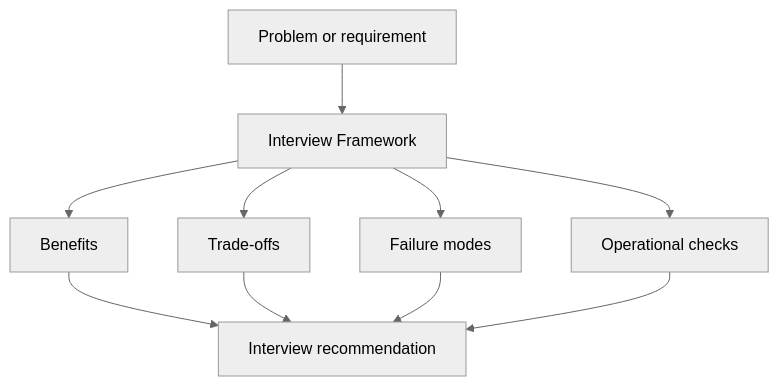
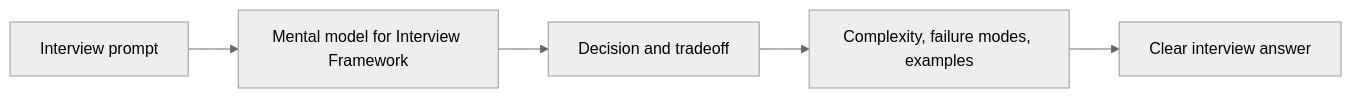
One commit to abstractinterviews/abstractinterviews.github.io changed the diagram in interview/interview-framework/index.md. Above: the diagram before and after it, drawn with Mermaid (neutral theme). The commit also changed other lines of this file and 278 other files, not shown here.

````diff
--- a/interview/interview-framework/index.md
+++ b/interview/interview-framework/index.md
@@ -147,12 +139,7 @@
-~~~mermaid
-flowchart TD
-    Problem["Problem or requirement"] --> Concept["Interview Framework"]
-    Concept --> Benefits["Benefits"]
-    Concept --> Tradeoffs["Trade-offs"]
-    Concept --> FailureModes["Failure modes"]
-    Concept --> Operations["Operational checks"]
-    Benefits --> Decision["Interview recommendation"]
-    Tradeoffs --> Decision
-    FailureModes --> Decision
-    Operations --> Decision
-~~~
+```mermaid
+flowchart LR
+    Problem["Interview prompt"] --> Model["Mental model for Interview Framework"]
+    Model --> Choice["Decision and tradeoff"]
+    Choice --> Evidence["Complexity, failure modes, examples"]
+    Evidence --> Answer["Clear interview answer"]
+```
````
